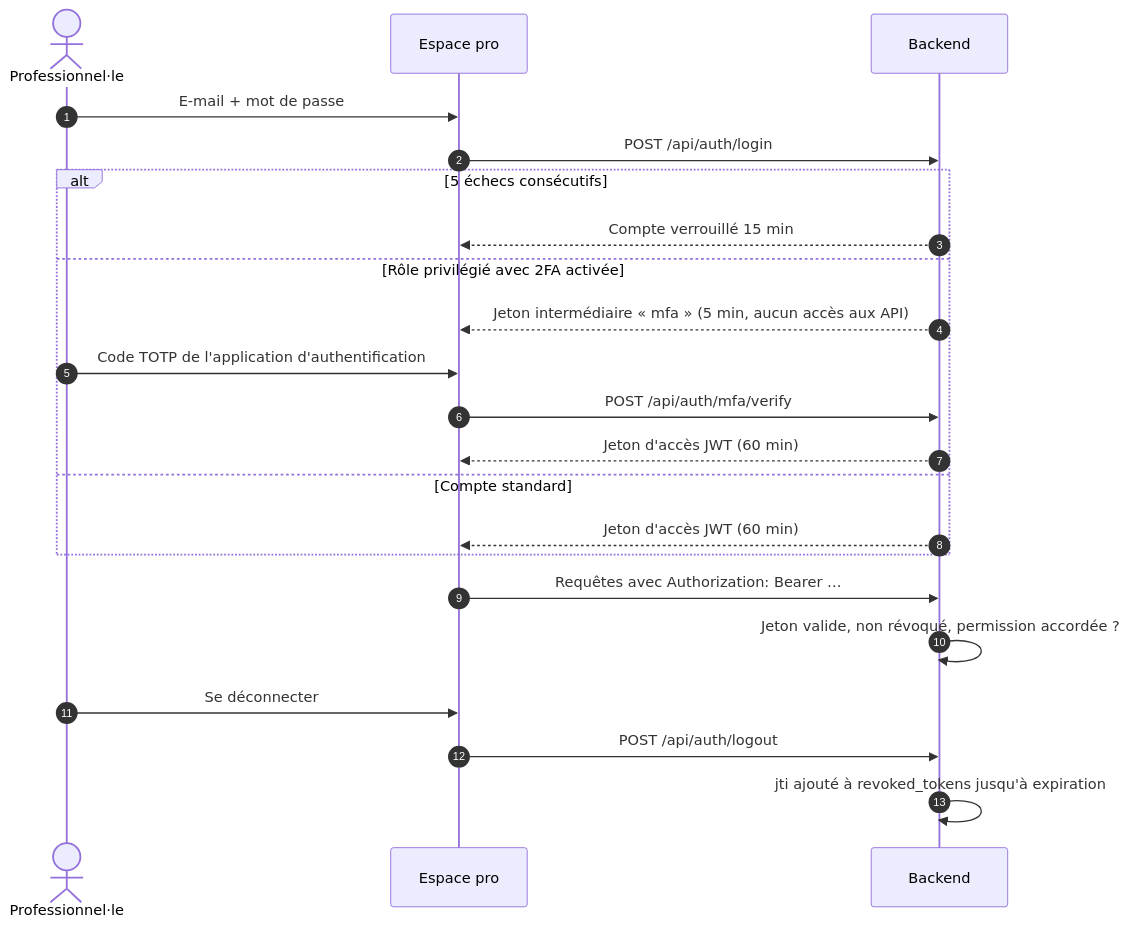
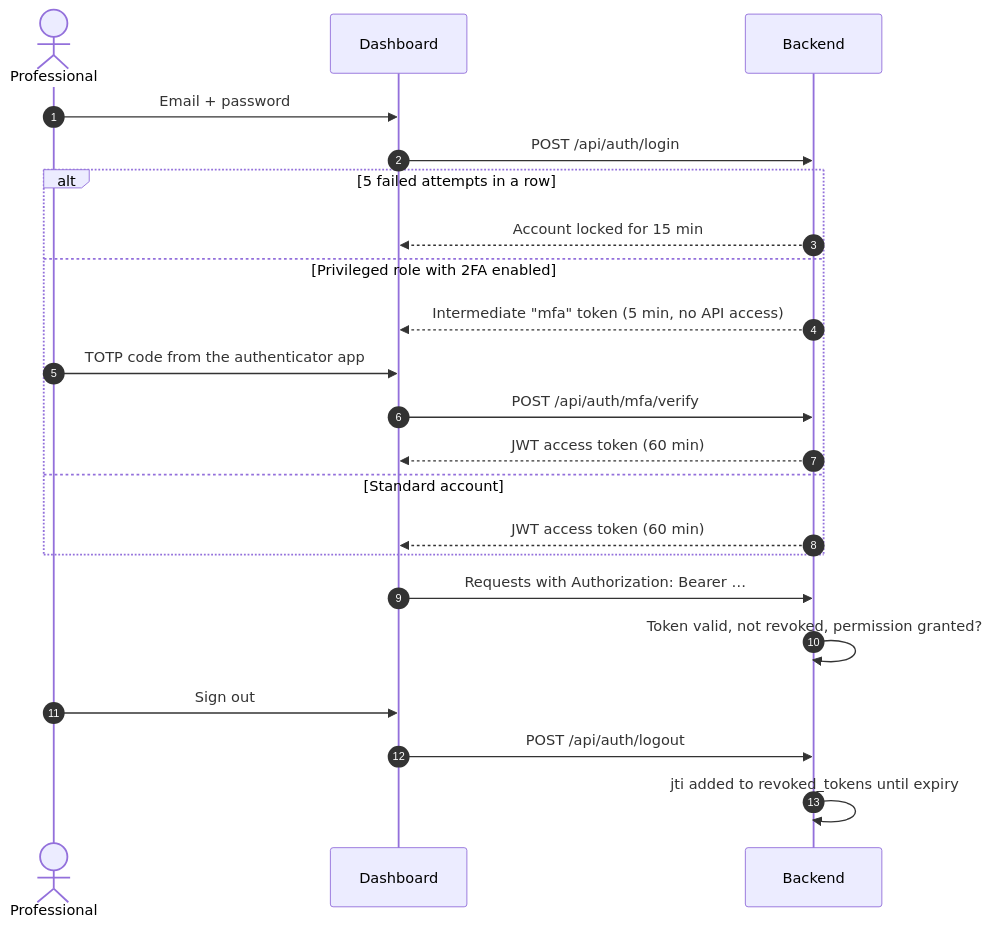
One commit to Dioumadev221/SUNUSAFEGUARD changed diagram 11 of 17 in README.md. Above: the diagram before and after it, drawn with Mermaid. The commit also changed other lines of this file and 1 other file, not shown here.

````diff
--- a/README.md
+++ b/README.md
@@ -450,25 +465,25 @@
 ```mermaid
 sequenceDiagram
     autonumber
-    actor U as Professionnel·le
-    participant UI as Espace pro
+    actor U as Professional
+    participant UI as Dashboard
     participant API as Backend
 
-    U->>UI: E-mail + mot de passe
+    U->>UI: Email + password
     UI->>API: POST /api/auth/login
-    alt 5 échecs consécutifs
-        API-->>UI: Compte verrouillé 15 min
-    else Rôle privilégié avec 2FA activée
-        API-->>UI: Jeton intermédiaire « mfa » (5 min, aucun accès aux API)
-        U->>UI: Code TOTP de l'application d'authentification
+    alt 5 failed attempts in a row
+        API-->>UI: Account locked for 15 min
+    else Privileged role with 2FA enabled
+        API-->>UI: Intermediate "mfa" token (5 min, no API access)
+        U->>UI: TOTP code from the authenticator app
         UI->>API: POST /api/auth/mfa/verify
-        API-->>UI: Jeton d'accès JWT (60 min)
-    else Compte standard
-        API-->>UI: Jeton d'accès JWT (60 min)
+        API-->>UI: JWT access token (60 min)
+    else Standard account
+        API-->>UI: JWT access token (60 min)
     end
-    UI->>API: Requêtes avec Authorization: Bearer …
-    API->>API: Jeton valide, non révoqué, permission accordée ?
-    U->>UI: Se déconnecter
+    UI->>API: Requests with Authorization: Bearer …
+    API->>API: Token valid, not revoked, permission granted?
+    U->>UI: Sign out
     UI->>API: POST /api/auth/logout
-    API->>API: jti ajouté à revoked_tokens jusqu'à expiration
+    API->>API: jti added to revoked_tokens until expiry
 ```
````
